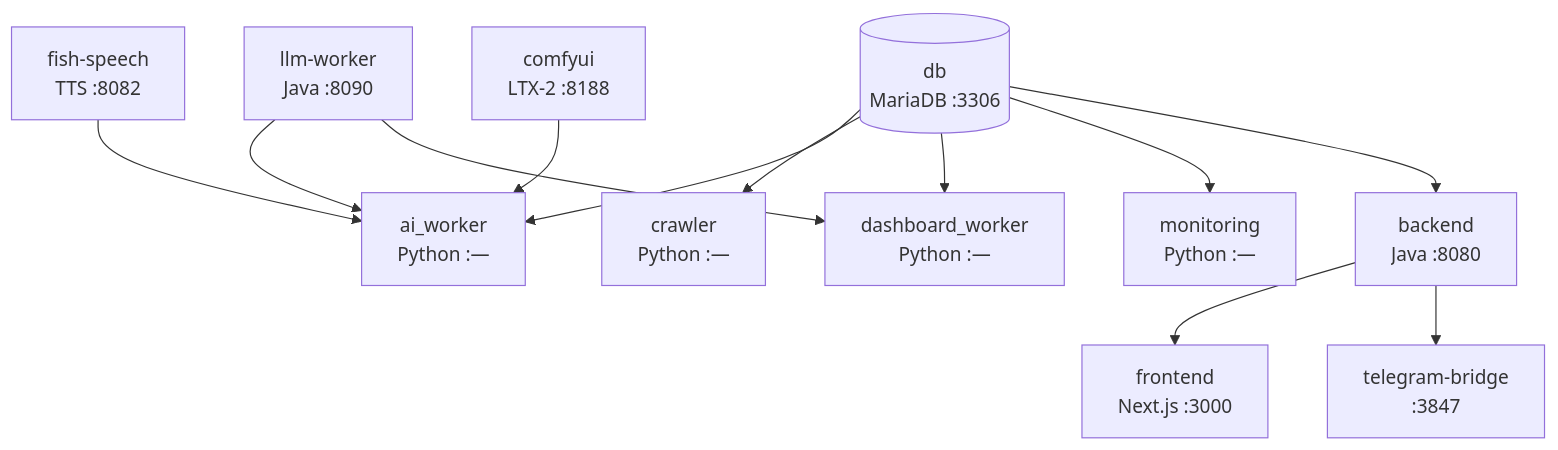
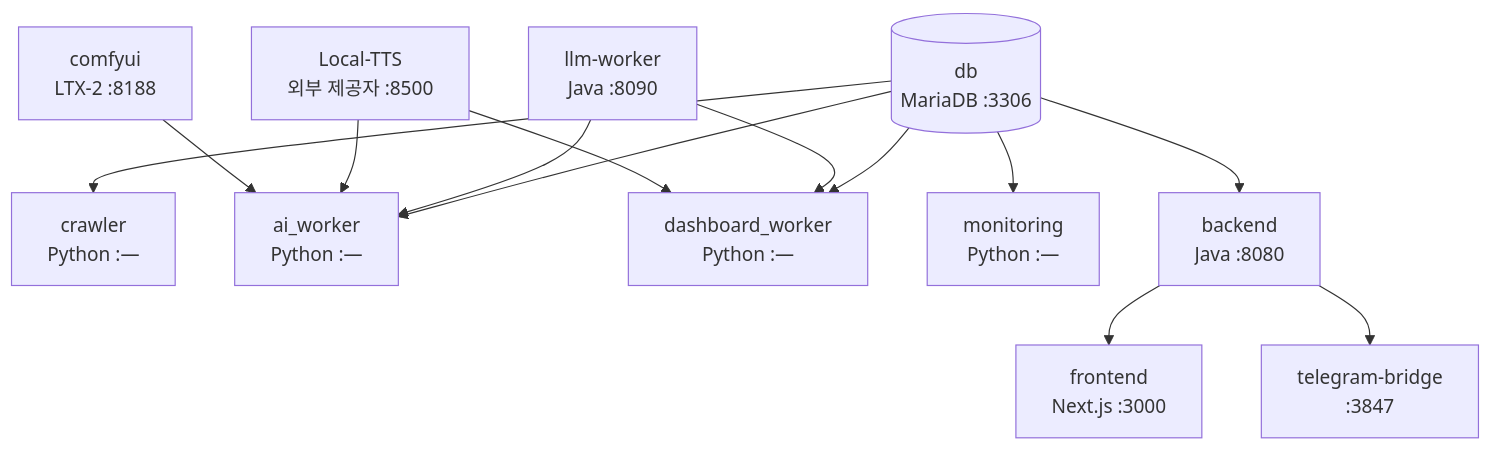
Before and after one commit to Justant-source/WaggleBot: the third of 4 diagrams in docs/shared/20-containers.md, drawn with Mermaid. The commit also changed other lines of this file and 81 other files, not shown here.

First line of the commit message:
feat(tts): Fish Speech 폐기, Local-TTS 제공자로 전환 (프리셋 보이스 M1~M5/F1~F5, 발음 프로필 wagglebot/shorts-ko)

````diff
--- a/docs/shared/20-containers.md
+++ b/docs/shared/20-containers.md
@@ -78,29 +81,30 @@
 ```mermaid
 graph TD
     DB[(db<br/>MariaDB :3306)]
 
     CRAWLER[crawler<br/>Python :—]
     AI[ai_worker<br/>Python :—]
     DW[dashboard_worker<br/>Python :—]
     MON[monitoring<br/>Python :—]
 
     LLM[llm-worker<br/>Java :8090]
     BACKEND[backend<br/>Java :8080]
     FRONTEND[frontend<br/>Next.js :3000]
 
-    FISH[fish-speech<br/>TTS :8082]
+    LTTS[Local-TTS<br/>외부 제공자 :8500]
     COMFY[comfyui<br/>LTX-2 :8188]
     TG[telegram-bridge<br/>:3847]
 
     DB --> CRAWLER
     DB --> AI
     DB --> DW
     DB --> MON
     DB --> BACKEND
     LLM --> AI
     LLM --> DW
-    FISH --> AI
+    LTTS --> AI
+    LTTS --> DW
     COMFY --> AI
     BACKEND --> FRONTEND
     BACKEND --> TG
 ```
````
